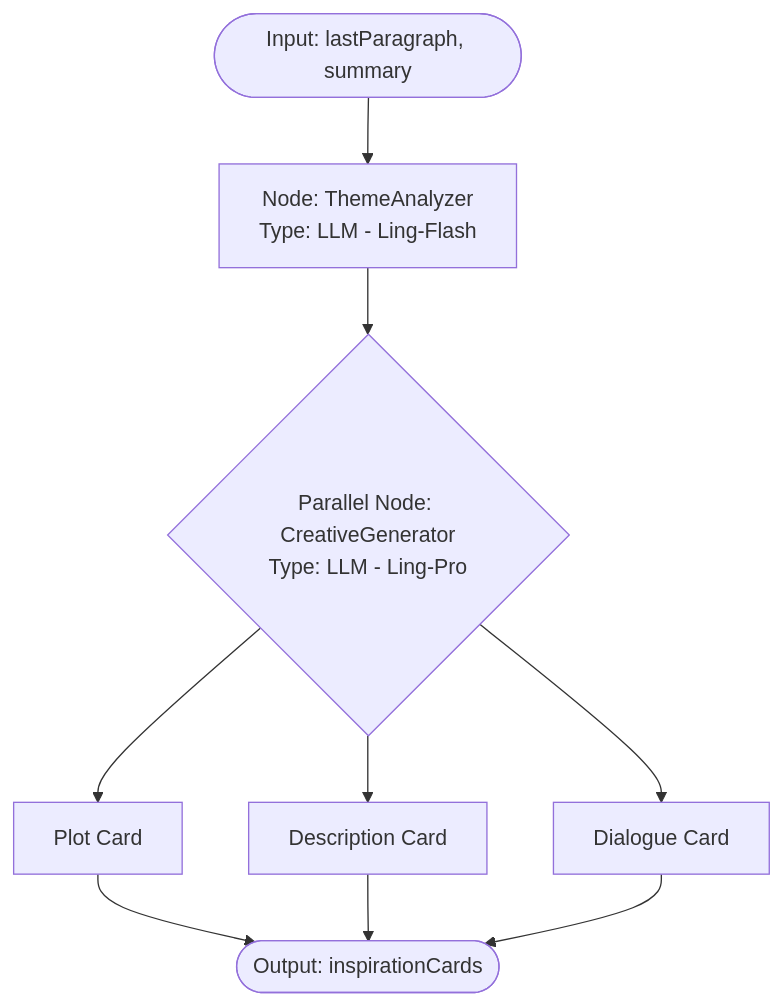
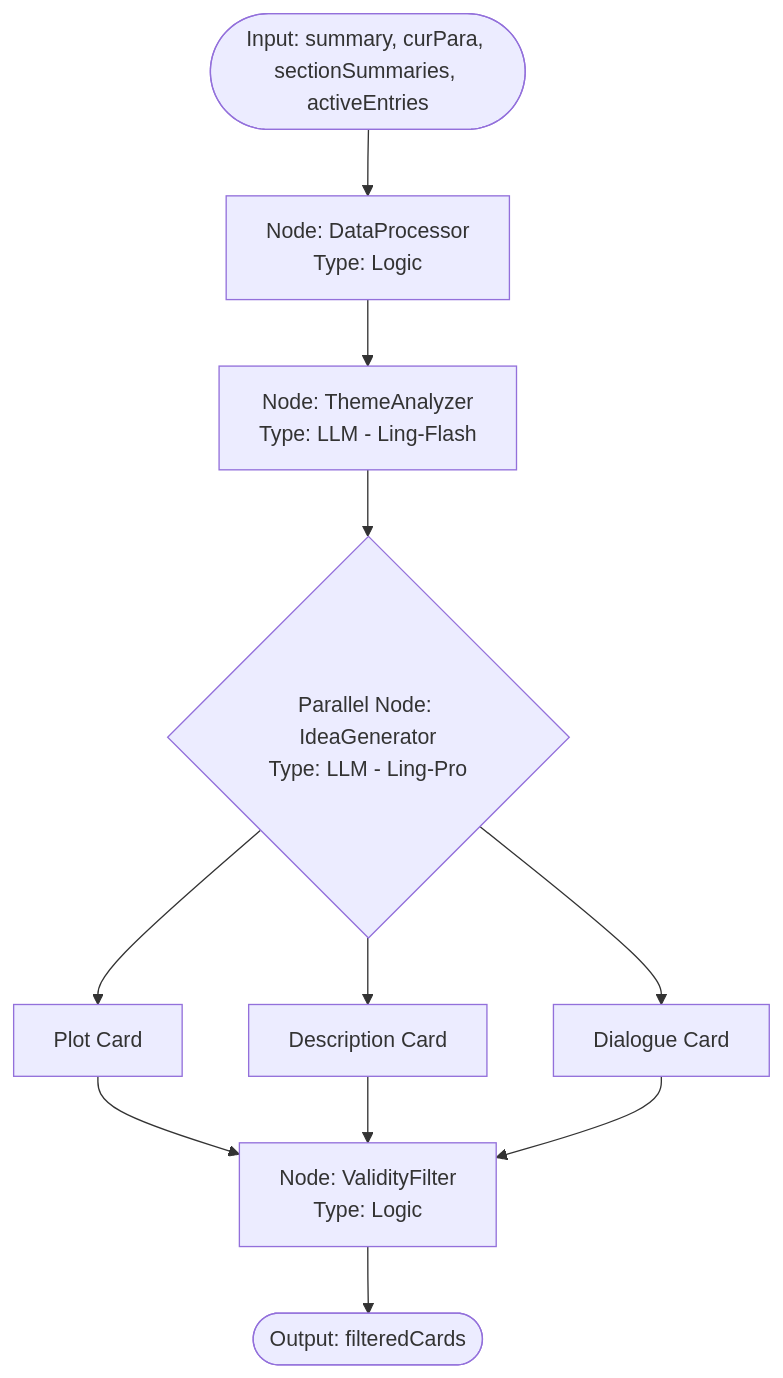
One commit to cafe3310/ling-open-studio changed the fourth of 5 diagrams in docs/2026-02-14-21-30-架构设计-ModelWrite智能体流程与模型选型.md. Above: the diagram before and after it, drawn with Mermaid. The commit also changed other lines of this file, not shown here.

Commit message:
docs(write): update Model Write architecture document with refined agent processes and model selection criteria

````diff
--- a/docs/2026-02-14-21-30-架构设计-ModelWrite智能体流程与模型选型.md
+++ b/docs/2026-02-14-21-30-架构设计-ModelWrite智能体流程与模型选型.md
@@ -120,11 +135,15 @@
 ```mermaid
 graph TD
-    Input([Input: lastParagraph, summary]) --> Theme[Node: ThemeAnalyzer
+    Input([Input: summary, curPara, sectionSummaries, activeEntries]) --> Processor[Node: DataProcessor
+Type: Logic]
+    Processor --> Analyzer[Node: ThemeAnalyzer
 Type: LLM - Ling-Flash]
-    Theme --> GenParallel{Parallel Node: CreativeGenerator
+    Analyzer --> GenParallel{Parallel Node: IdeaGenerator
 Type: LLM - Ling-Pro}
     GenParallel --> Plot[Plot Card]
     GenParallel --> Desc[Description Card]
     GenParallel --> Diag[Dialogue Card]
-    Plot & Desc & Diag --> Output([Output: inspirationCards])
+    Plot & Desc & Diag --> Filter[Node: ValidityFilter
+Type: Logic]
+    Filter --> Output([Output: filteredCards])
 ```
````
